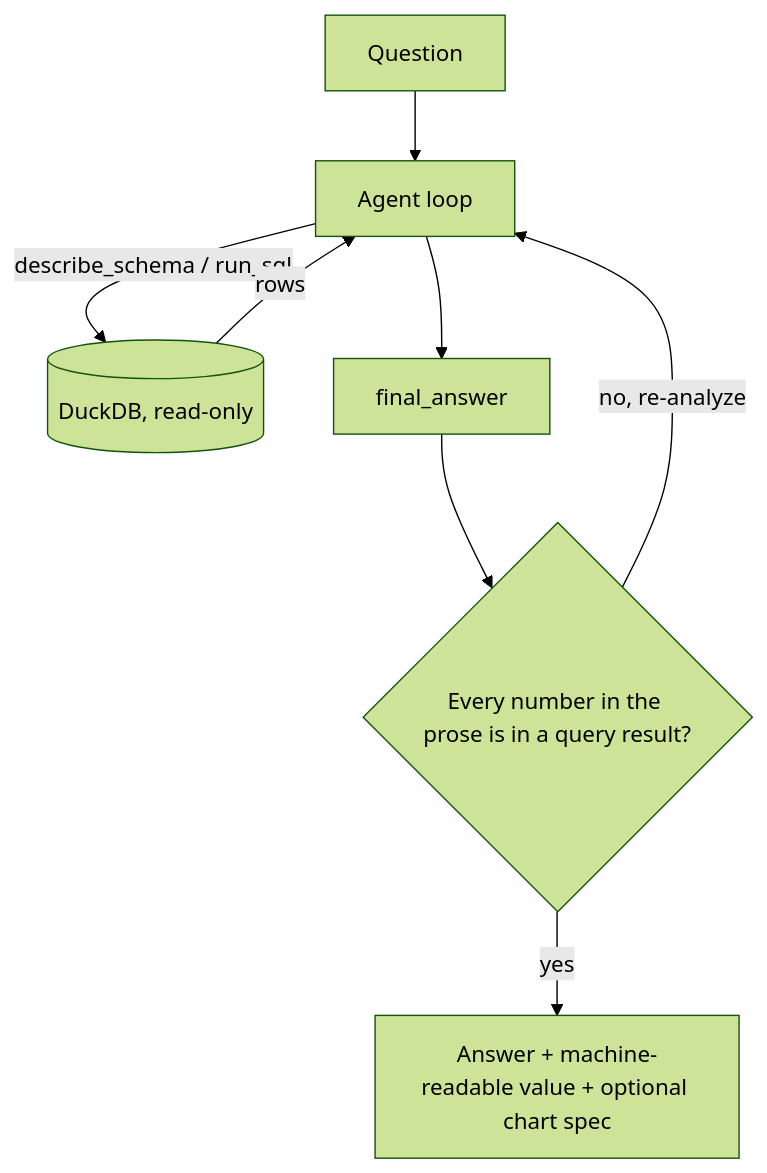
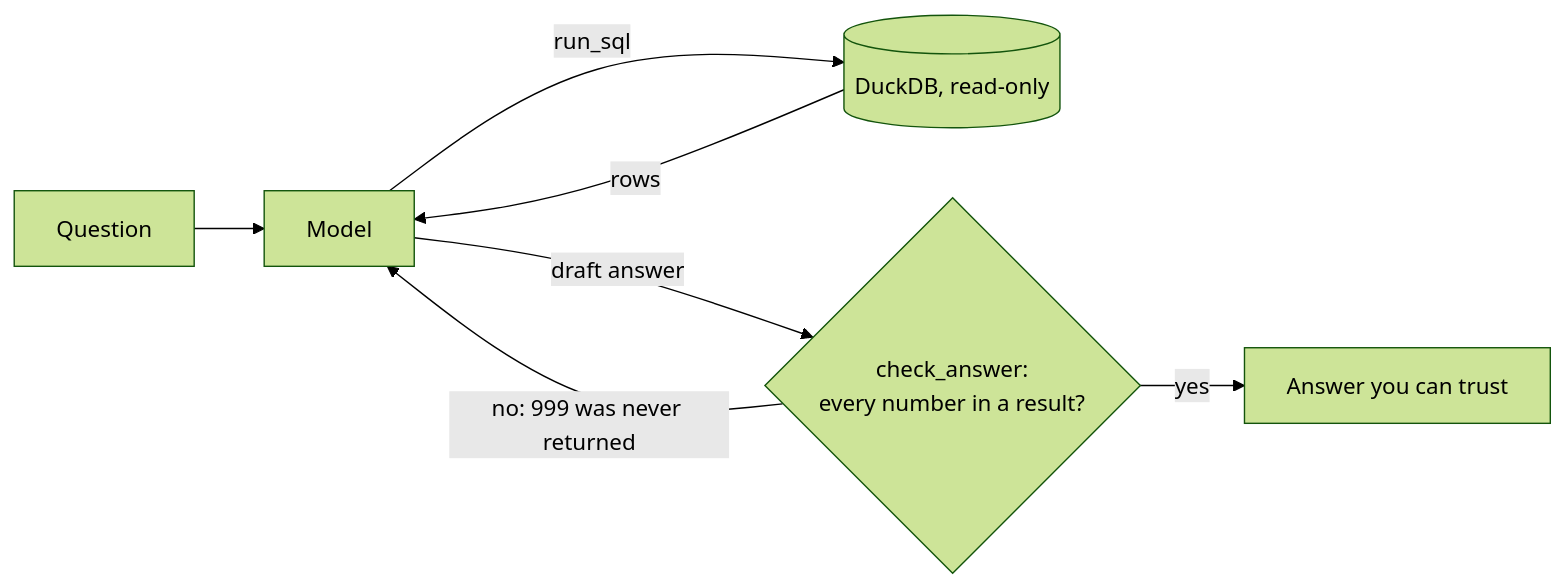
The diagram in README.md (QasimJaffry/verified-analyst), drawn with Mermaid (forest theme) before and after one commit. The commit also changed other lines of this file and 12 other files, not shown here.

````diff
--- a/README.md
+++ b/README.md
@@ -7,10 +15,9 @@
 ```mermaid
-flowchart TD
-    Q[Question] --> A[Agent loop]
-    A -- describe_schema / run_sql --> D[(DuckDB, read-only)]
+flowchart LR
+    Q[Question] --> A[Model]
+    A -- run_sql --> D[(DuckDB, read-only)]
     D -- rows --> A
-    A --> F[final_answer]
-    F --> V{Every number in the prose is in a query result?}
-    V -- no, re-analyze --> A
-    V -- yes --> O[Answer + machine-readable value + optional chart spec]
+    A -- draft answer --> V{check_answer:<br/>every number in a result?}
+    V -- "no: 999 was never returned" --> A
+    V -- yes --> O[Answer you can trust]
 ```
````
